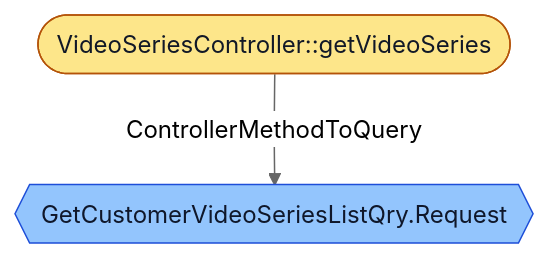
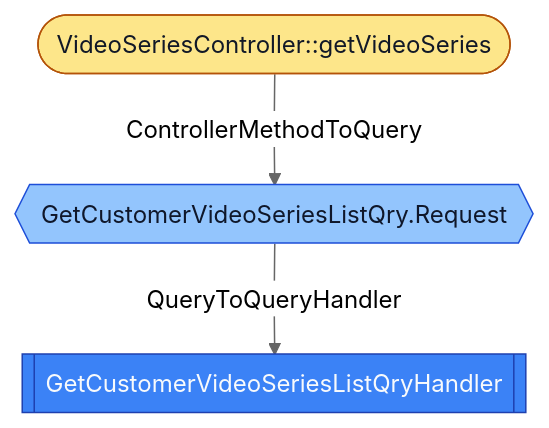
The diagram in flows/edu_only4_danmuku_adapter_portal_api_web_VideoSeriesController_getVideoSeries.mmd (LDmoxeii/only-danmuku), drawn with Mermaid (neutral theme) before and after one commit. The commit also changed 11 other files, not shown here.

```diff
--- a/flows/edu_only4_danmuku_adapter_portal_api_web_VideoSeriesController_getVideoSeries.mmd
+++ b/flows/edu_only4_danmuku_adapter_portal_api_web_VideoSeriesController_getVideoSeries.mmd
@@ -1,8 +1,12 @@
 flowchart TD
-  N1([VideoSeriesController::getVideoSeries])
-  class N1 controllermethod
-  N2{{GetCustomerVideoSeriesListQry.Request}}
-  class N2 query
-  N1 -->|ControllerMethodToQuery| N2
+  N1[[GetCustomerVideoSeriesListQryHandler]]
+  class N1 queryhandler
+  N2([VideoSeriesController::getVideoSeries])
+  class N2 controllermethod
+  N3{{GetCustomerVideoSeriesListQry.Request}}
+  class N3 query
+  N2 -->|ControllerMethodToQuery| N3
+  N3 -->|QueryToQueryHandler| N1
   classDef controllermethod fill:#FDE68A,stroke:#B45309,color:#111827
   classDef query fill:#93C5FD,stroke:#1D4ED8,color:#0F172A
+  classDef queryhandler fill:#3B82F6,stroke:#1E40AF,color:#F8FAFC
```
